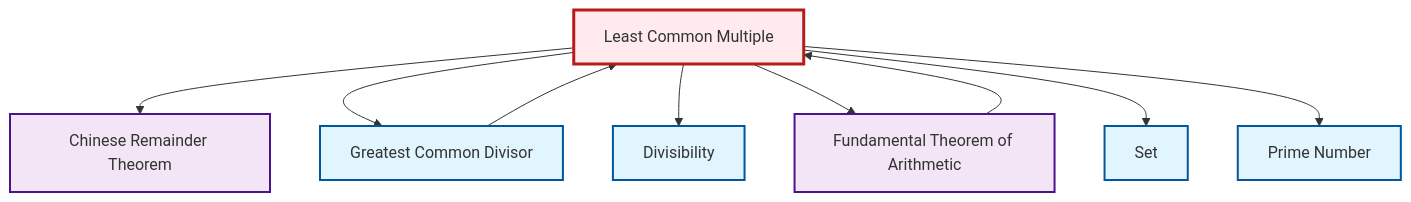
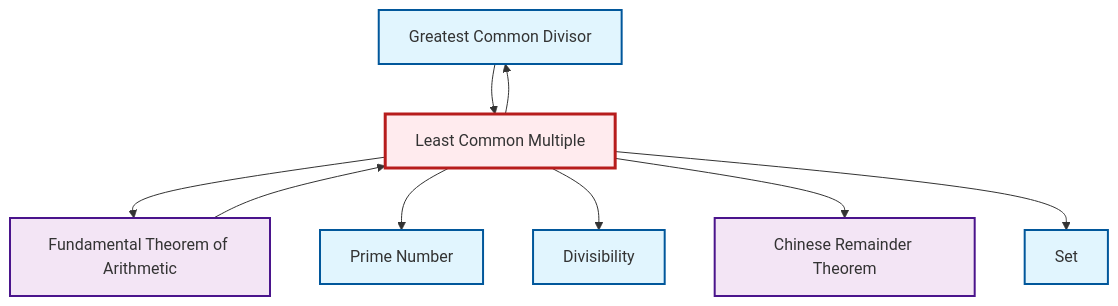
Before and after one commit to RK0429/ModernMath: the diagram in output/mermaid/en/def-lcm.mermaid, drawn with Mermaid. The commit also changed other lines of this file and 3094 other files, not shown here.

```diff
--- a/output/mermaid/en/def-lcm.mermaid
+++ b/output/mermaid/en/def-lcm.mermaid
@@ -1,22 +1,22 @@
 graph TD
     classDef definition fill:#e1f5fe,stroke:#01579b,stroke-width:2px
     classDef theorem fill:#f3e5f5,stroke:#4a148c,stroke-width:2px
     classDef axiom fill:#fff3e0,stroke:#e65100,stroke-width:2px
     classDef example fill:#e8f5e9,stroke:#1b5e20,stroke-width:2px
     classDef current fill:#ffebee,stroke:#b71c1c,stroke-width:3px
+    thm-chinese-remainder["Chinese Remainder Theorem"]:::theorem
+    def-prime["Prime Number"]:::definition
+    def-gcd["Greatest Common Divisor"]:::definition
+    thm-fundamental-arithmetic["Fundamental Theorem of Arithmetic"]:::theorem
     def-divisibility["Divisibility"]:::definition
+    def-set["Set"]:::definition
     def-lcm["Least Common Multiple"]:::definition
-    def-set["Set"]:::definition
-    thm-chinese-remainder["Chinese Remainder Theorem"]:::theorem
-    thm-fundamental-arithmetic["Fundamental Theorem of Arithmetic"]:::theorem
-    def-gcd["Greatest Common Divisor"]:::definition
-    def-prime["Prime Number"]:::definition
+    def-lcm --> thm-fundamental-arithmetic
+    def-lcm --> def-gcd
     thm-fundamental-arithmetic --> def-lcm
+    def-gcd --> def-lcm
+    def-lcm --> def-prime
+    def-lcm --> def-divisibility
     def-lcm --> thm-chinese-remainder
-    def-lcm --> def-gcd
-    def-lcm --> def-divisibility
-    def-lcm --> thm-fundamental-arithmetic
-    def-gcd --> def-lcm
     def-lcm --> def-set
-    def-lcm --> def-prime
     class def-lcm current
```
